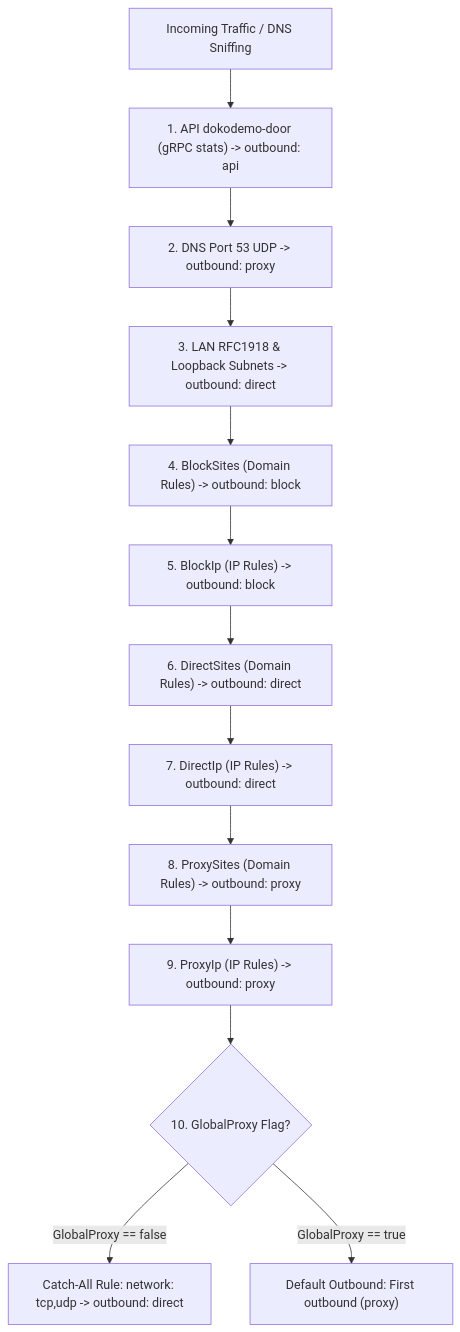
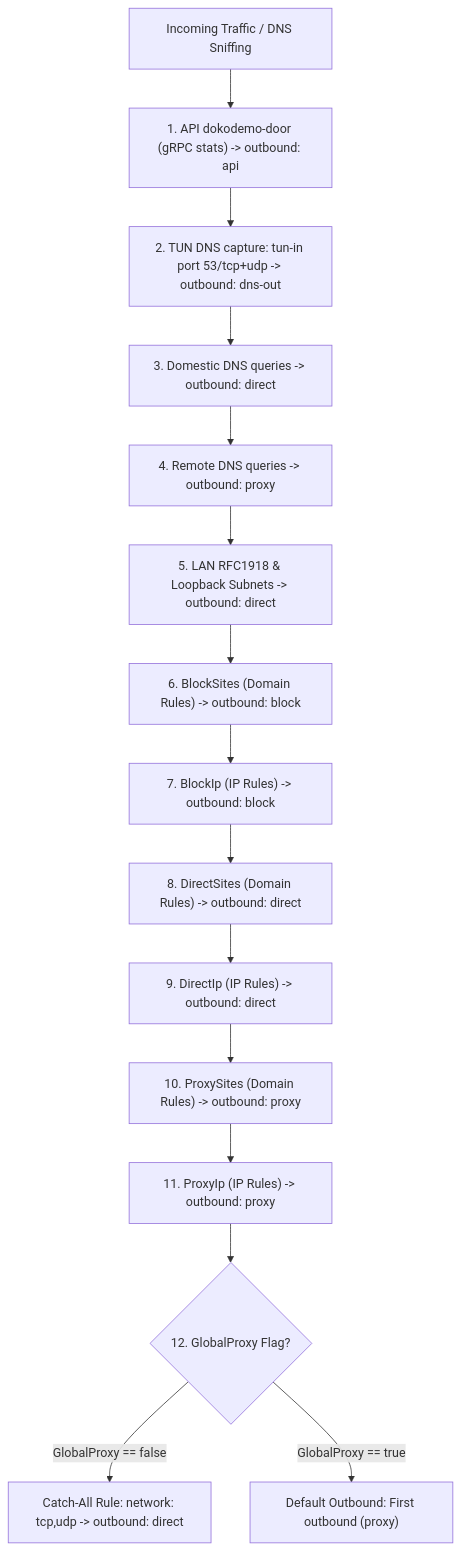
The third of 4 diagrams in docs/networking/happ-routing.md (kvunoff/whoisthat), drawn with Mermaid before and after one commit. The commit also changed other lines of this file and 6 other files, not shown here.

````diff
--- a/docs/networking/happ-routing.md
+++ b/docs/networking/happ-routing.md
@@ -268,15 +288,17 @@
 ```mermaid
 graph TD
     Start["Incoming Traffic / DNS Sniffing"] --> R1["1. API dokodemo-door (gRPC stats) -> outbound: api"]
-    R1 --> R2["2. DNS Port 53 UDP -> outbound: proxy"]
-    R2 --> R3["3. LAN RFC1918 & Loopback Subnets -> outbound: direct"]
-    R3 --> R4["4. BlockSites (Domain Rules) -> outbound: block"]
-    R4 --> R5["5. BlockIp (IP Rules) -> outbound: block"]
-    R5 --> R6["6. DirectSites (Domain Rules) -> outbound: direct"]
-    R6 --> R7["7. DirectIp (IP Rules) -> outbound: direct"]
-    R7 --> R8["8. ProxySites (Domain Rules) -> outbound: proxy"]
-    R8 --> R9["9. ProxyIp (IP Rules) -> outbound: proxy"]
-    R9 --> R10{"10. GlobalProxy Flag?"}
-    R10 -->|GlobalProxy == false| R11["Catch-All Rule: network: tcp,udp -> outbound: direct"]
-    R10 -->|GlobalProxy == true| R12["Default Outbound: First outbound (proxy)"]
+    R1 --> R2["2. TUN DNS capture: tun-in port 53/tcp+udp -> outbound: dns-out"]
+    R2 --> R3["3. Domestic DNS queries -> outbound: direct"]
+    R3 --> R4["4. Remote DNS queries -> outbound: proxy"]
+    R4 --> R5["5. LAN RFC1918 & Loopback Subnets -> outbound: direct"]
+    R5 --> R6["6. BlockSites (Domain Rules) -> outbound: block"]
+    R6 --> R7["7. BlockIp (IP Rules) -> outbound: block"]
+    R7 --> R8["8. DirectSites (Domain Rules) -> outbound: direct"]
+    R8 --> R9["9. DirectIp (IP Rules) -> outbound: direct"]
+    R9 --> R10["10. ProxySites (Domain Rules) -> outbound: proxy"]
+    R10 --> R11["11. ProxyIp (IP Rules) -> outbound: proxy"]
+    R11 --> R12{"12. GlobalProxy Flag?"}
+    R12 -->|GlobalProxy == false| R13["Catch-All Rule: network: tcp,udp -> outbound: direct"]
+    R12 -->|GlobalProxy == true| R14["Default Outbound: First outbound (proxy)"]
 ```
````
